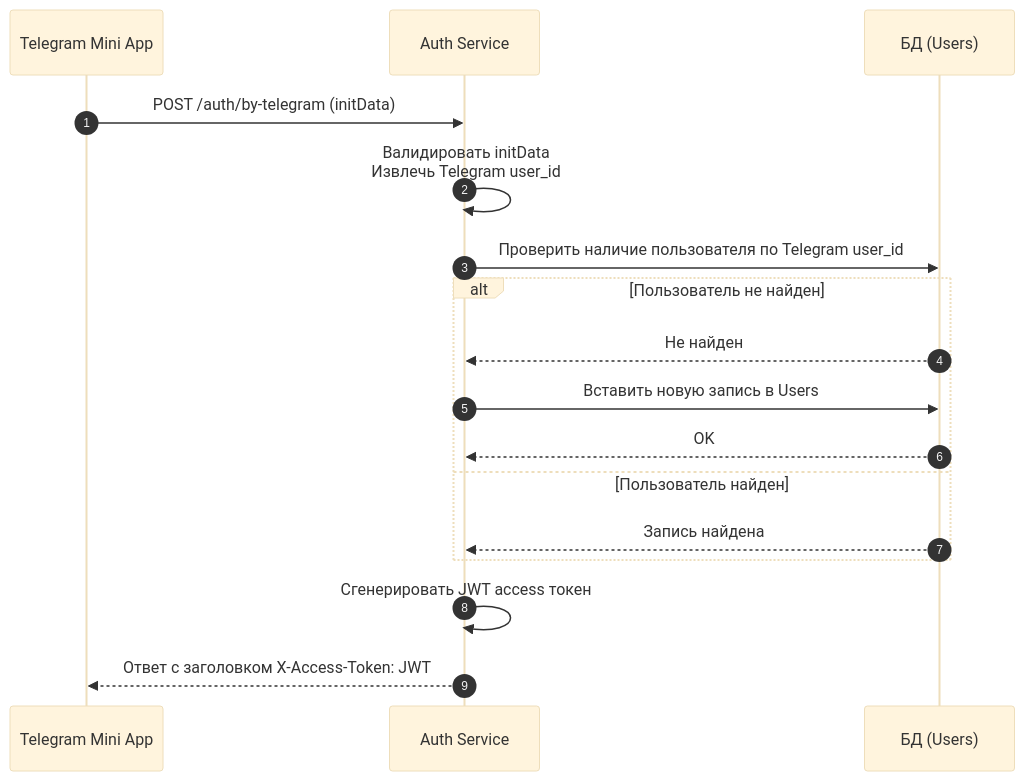
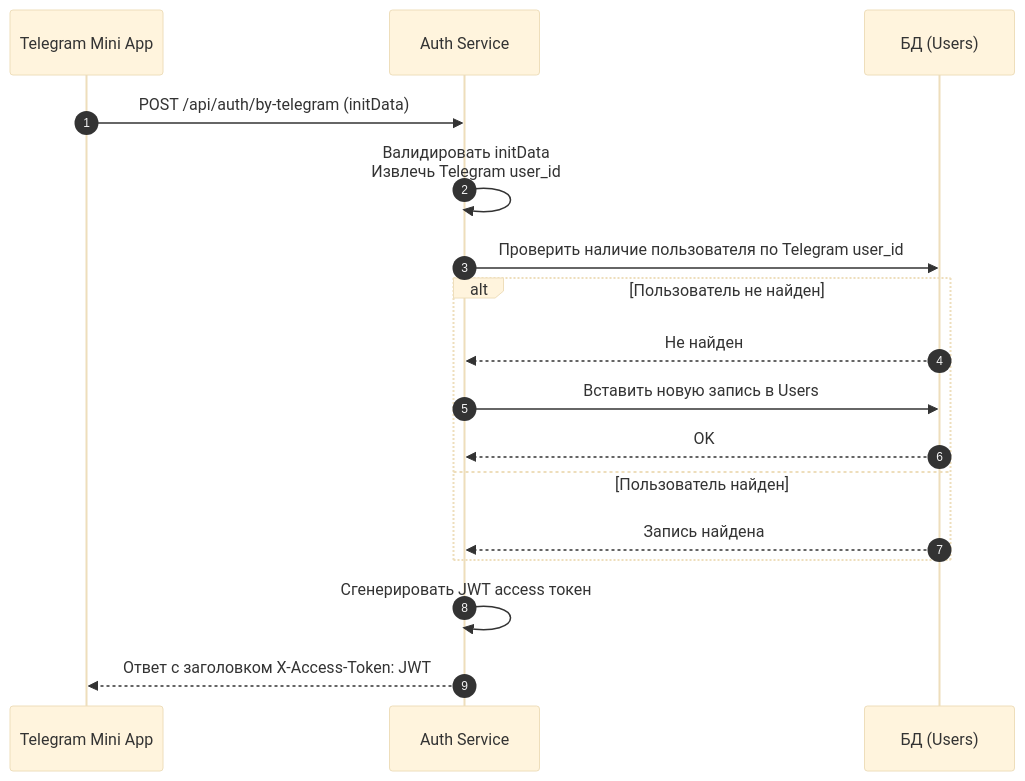
One commit to it-mentor-community-platform/meta changed the diagram in system-analytics/functionality/authentication-and-authorization.md. Above: the diagram before and after it, drawn with Mermaid (base theme). The commit also changed other lines of this file, not shown here.

Commit message:
system-analytics: authentication and authorization - `/api` prefix for all endpoints

````diff
--- a/system-analytics/functionality/authentication-and-authorization.md
+++ b/system-analytics/functionality/authentication-and-authorization.md
@@ -22,20 +22,20 @@
 ```mermaid
 sequenceDiagram
 autonumber
 participant C as Telegram Mini App
 participant A as Auth Service
 participant DB as БД (Users)
 
-C->>A: POST /auth/by-telegram (initData)
+C->>A: POST /api/auth/by-telegram (initData)
 A->>A: Валидировать initData<br/>Извлечь Telegram user_id
 A->>DB: Проверить наличие пользователя по Telegram user_id
 alt Пользователь не найден
     DB-->>A: Не найден
     A->>DB: Вставить новую запись в Users
     DB-->>A: OK
 else Пользователь найден
     DB-->>A: Запись найдена
 end
 A->>A: Сгенерировать JWT access токен
 A-->>C: Ответ с заголовком X-Access-Token: JWT
 ```
````
